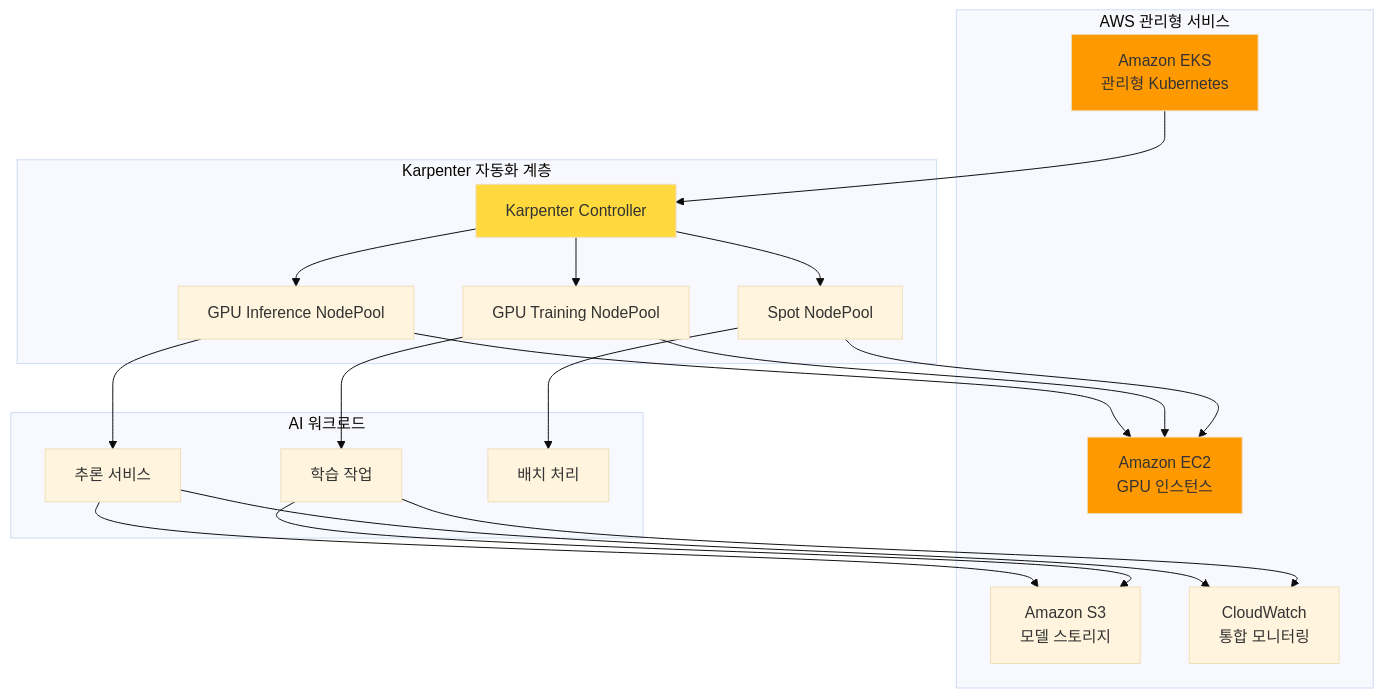
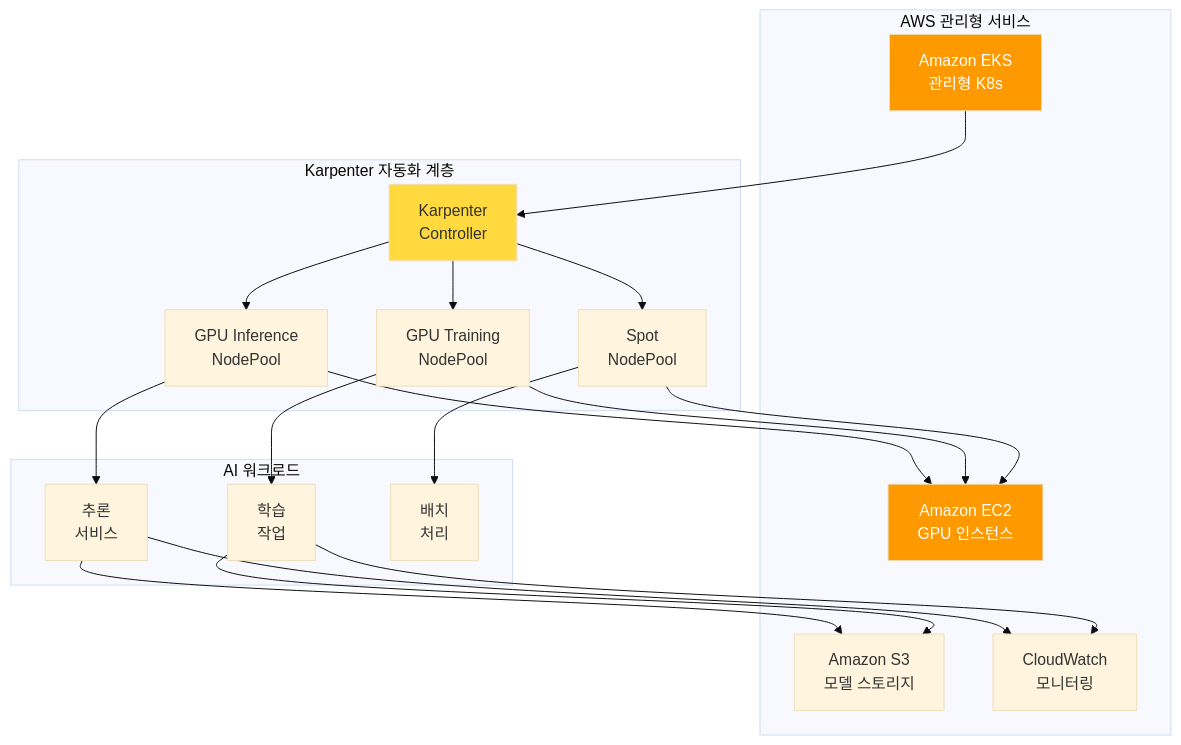
The first of 15 diagrams in docs/agentic-ai-platform/design-architecture/agentic-ai-solutions-eks.md (devfloor9/engineering-playbook), drawn with Mermaid (base theme) before and after one commit. The commit also changed other lines of this file and 24 other files, not shown here.

````diff
--- a/docs/agentic-ai-platform/design-architecture/agentic-ai-solutions-eks.md
+++ b/docs/agentic-ai-platform/design-architecture/agentic-ai-solutions-eks.md
@@ -60,37 +60,41 @@
 ```mermaid
-graph TB
-    subgraph "AWS 관리형 서비스"
-        EKS["Amazon EKS<br/>관리형 Kubernetes"]
+flowchart TD
+    subgraph AWS["AWS 관리형 서비스"]
+        EKS["Amazon EKS<br/>관리형 K8s"]
         EC2["Amazon EC2<br/>GPU 인스턴스"]
         S3["Amazon S3<br/>모델 스토리지"]
-        CW["CloudWatch<br/>통합 모니터링"]
+        CW["CloudWatch<br/>모니터링"]
     end
 
-    subgraph "Karpenter 자동화 계층"
-        KARP["Karpenter Controller"]
-        NP1["GPU Inference NodePool"]
-        NP2["GPU Training NodePool"]
-        NP3["Spot NodePool"]
+    subgraph KarpenterLayer["Karpenter 자동화 계층"]
+        KARP["Karpenter<br/>Controller"]
+        NP1["GPU Inference<br/>NodePool"]
+        NP2["GPU Training<br/>NodePool"]
+        NP3["Spot<br/>NodePool"]
     end
 
-    subgraph "AI 워크로드"
-        INF["추론 서비스"]
-        TRAIN["학습 작업"]
-        BATCH["배치 처리"]
+    subgraph Workload["AI 워크로드"]
+        INF["추론<br/>서비스"]
+        TRAIN["학습<br/>작업"]
+        BATCH["배치<br/>처리"]
     end
 
     EKS --> KARP
-    KARP --> NP1 & NP2 & NP3
+    KARP --> NP1
+    KARP --> NP2
+    KARP --> NP3
     NP1 --> EC2
     NP2 --> EC2
     NP3 --> EC2
     NP1 --> INF
     NP2 --> TRAIN
     NP3 --> BATCH
-    INF & TRAIN --> S3
-    INF & TRAIN --> CW
+    INF --> S3
+    TRAIN --> S3
+    INF --> CW
+    TRAIN --> CW
 
-    style EKS fill:#ff9900
+    style EKS fill:#ff9900,color:#fff
     style KARP fill:#ffd93d
-    style EC2 fill:#ff9900
+    style EC2 fill:#ff9900,color:#fff
 ```
````
